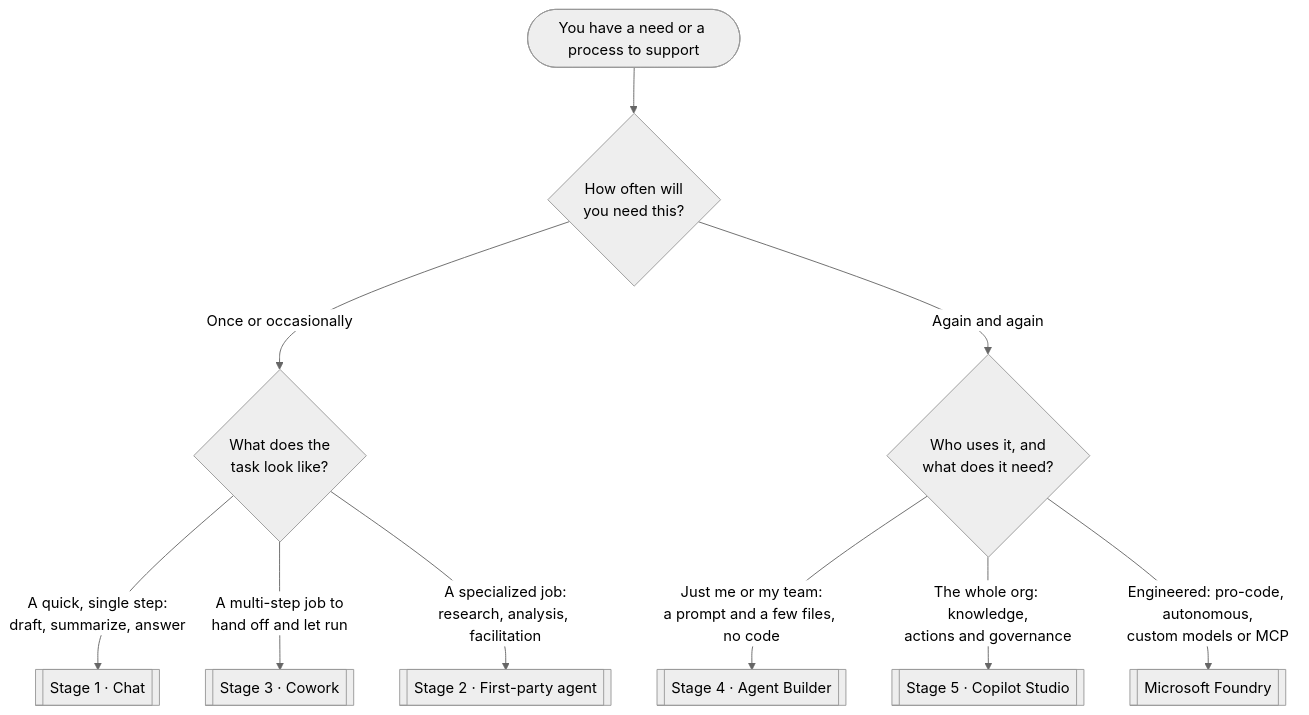
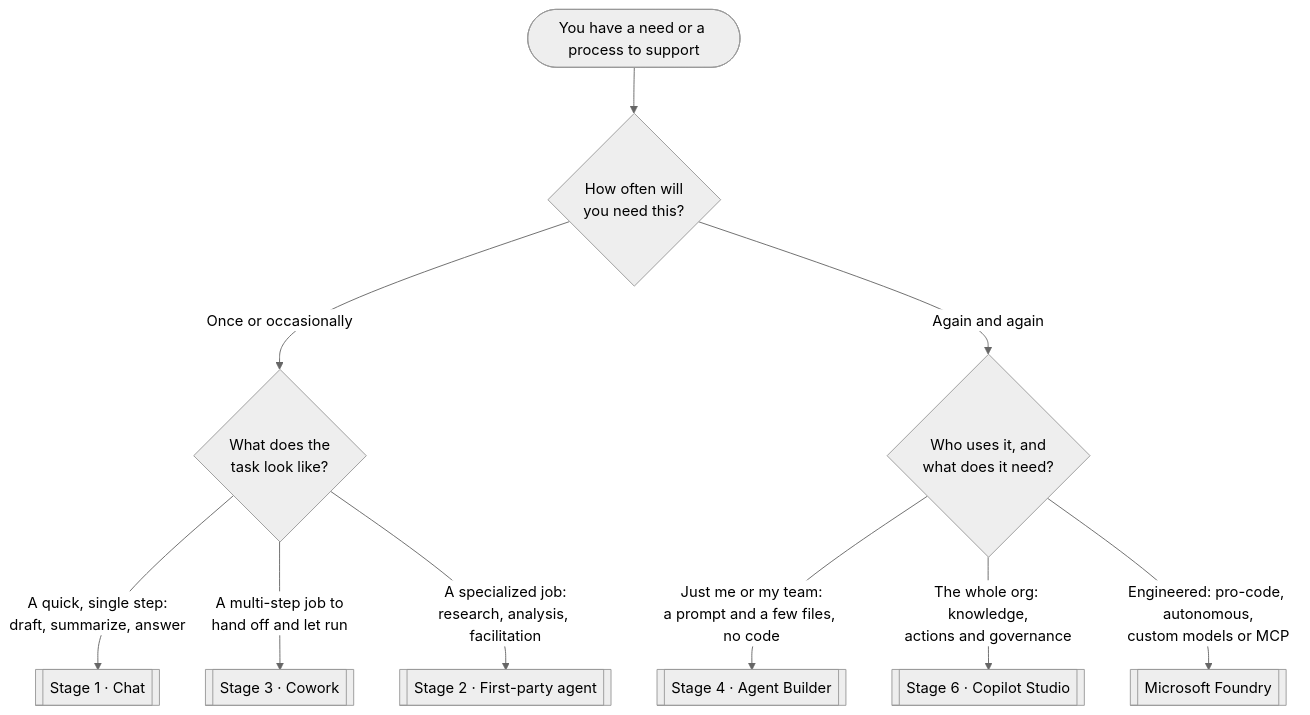
The diagram in docs/empowerment/decision-tree.md (MawellGlass/copilot-ramp-cookbook), drawn with Mermaid (neutral theme) before and after one commit. The commit also changed other lines of this file and 76 other files, not shown here.

First line of the commit message:
Add Stage 5 Autopilots (Scout) and renumber Studio->6, Foundry->7

````diff
--- a/docs/empowerment/decision-tree.md
+++ b/docs/empowerment/decision-tree.md
@@ -28,14 +28,14 @@
 ```mermaid
 flowchart TD
     Start([You have a need or a process to support]) --> Q1{How often will<br/>you need this?}
 
     Q1 -->|Once or occasionally| A{What does the<br/>task look like?}
     A -->|A quick, single step:<br/>draft, summarize, answer| Chat[["Stage 1 · Chat"]]
     A -->|A multi-step job to<br/>hand off and let run| Cowork[["Stage 3 · Cowork"]]
     A -->|A specialized job:<br/>research, analysis, facilitation| FPA[["Stage 2 · First-party agent"]]
 
     Q1 -->|Again and again| B{Who uses it, and<br/>what does it need?}
     B -->|Just me or my team:<br/>a prompt and a few files, no code| AB[["Stage 4 · Agent Builder"]]
-    B -->|The whole org: knowledge,<br/>actions and governance| Studio[["Stage 5 · Copilot Studio"]]
+    B -->|The whole org: knowledge,<br/>actions and governance| Studio[["Stage 6 · Copilot Studio"]]
     B -->|Engineered: pro-code, autonomous,<br/>custom models or MCP| Foundry[["Microsoft Foundry"]]
 ```
````
